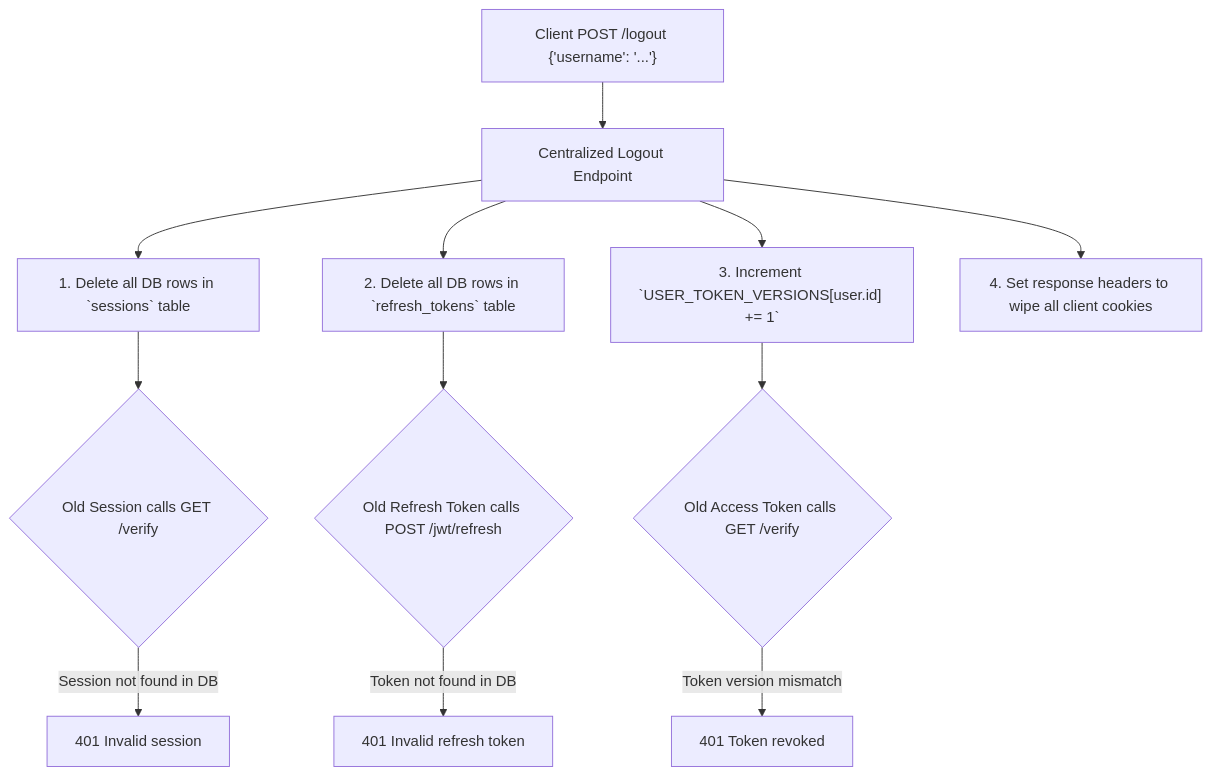
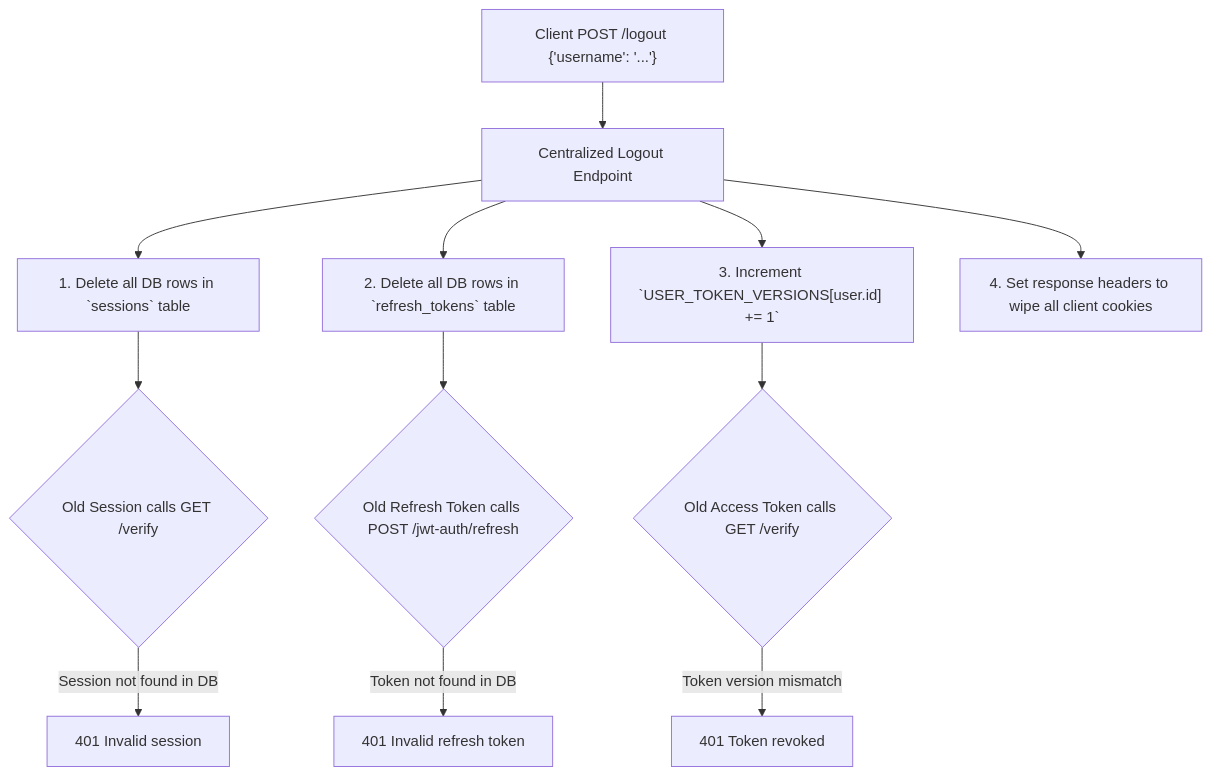
Before and after one commit to harish-AK/fastapi-authentican-methods: the second of 4 diagrams in Authentication app.md, drawn with Mermaid. The commit also changed other lines of this file and 9 other files, not shown here.

````diff
--- a/Authentication app.md
+++ b/Authentication app.md
@@ -679,33 +681,33 @@
 ```mermaid
 
 flowchart TD
 
     Client["Client POST /logout {'username': '...'}"] --> LogoutHandler["Centralized Logout Endpoint"]
 
     LogoutHandler --> P1["1. Delete all DB rows in `sessions` table"]
 
     LogoutHandler --> P2["2. Delete all DB rows in `refresh_tokens` table"]
 
     LogoutHandler --> P3["3. Increment `USER_TOKEN_VERSIONS[user.id] += 1`"]
 
     LogoutHandler --> P4["4. Set response headers to wipe all client cookies"]
 
   
 
     P1 --> CheckSession{"Old Session calls GET /verify"}
 
     CheckSession -->|Session not found in DB| 401A["401 Invalid session"]
 
   
 
-    P2 --> CheckRefresh{"Old Refresh Token calls POST /jwt/refresh"}
+    P2 --> CheckRefresh{"Old Refresh Token calls POST /jwt-auth/refresh"}
 
     CheckRefresh -->|Token not found in DB| 401B["401 Invalid refresh token"]
 
   
 
     P3 --> CheckJWT{"Old Access Token calls GET /verify"}
 
     CheckJWT -->|Token version mismatch| 401C["401 Token revoked"]
 
 ```
````
